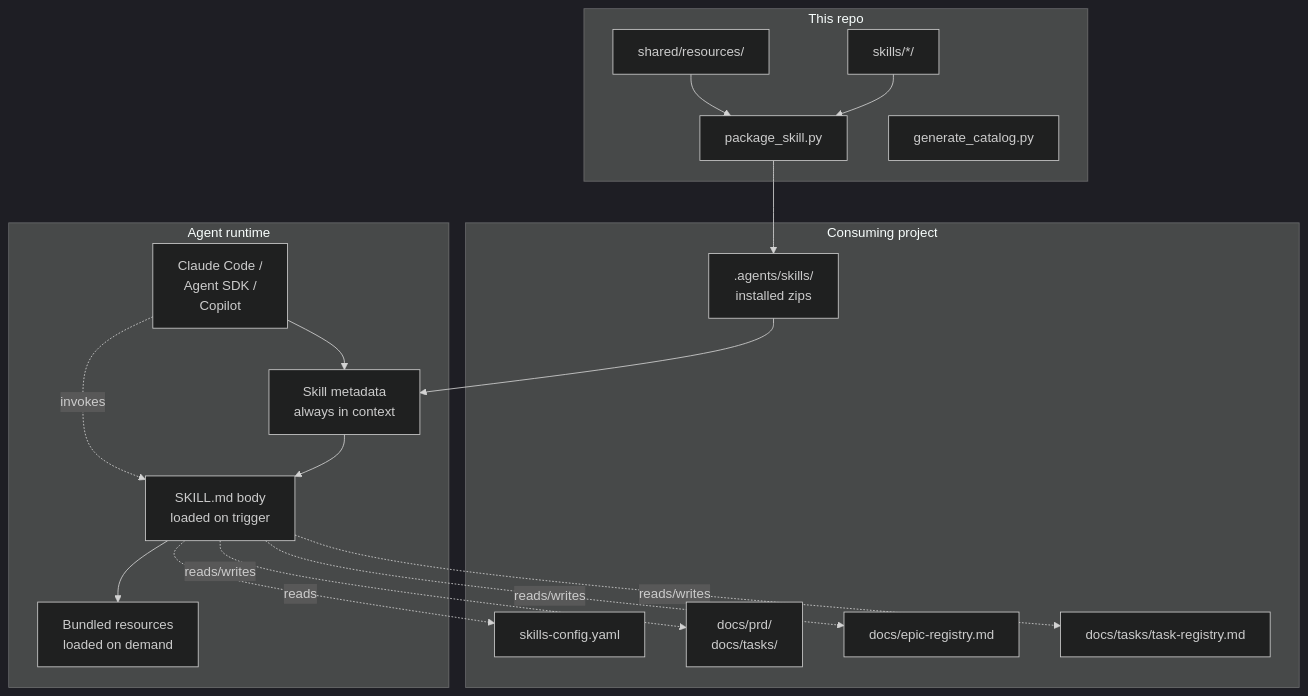
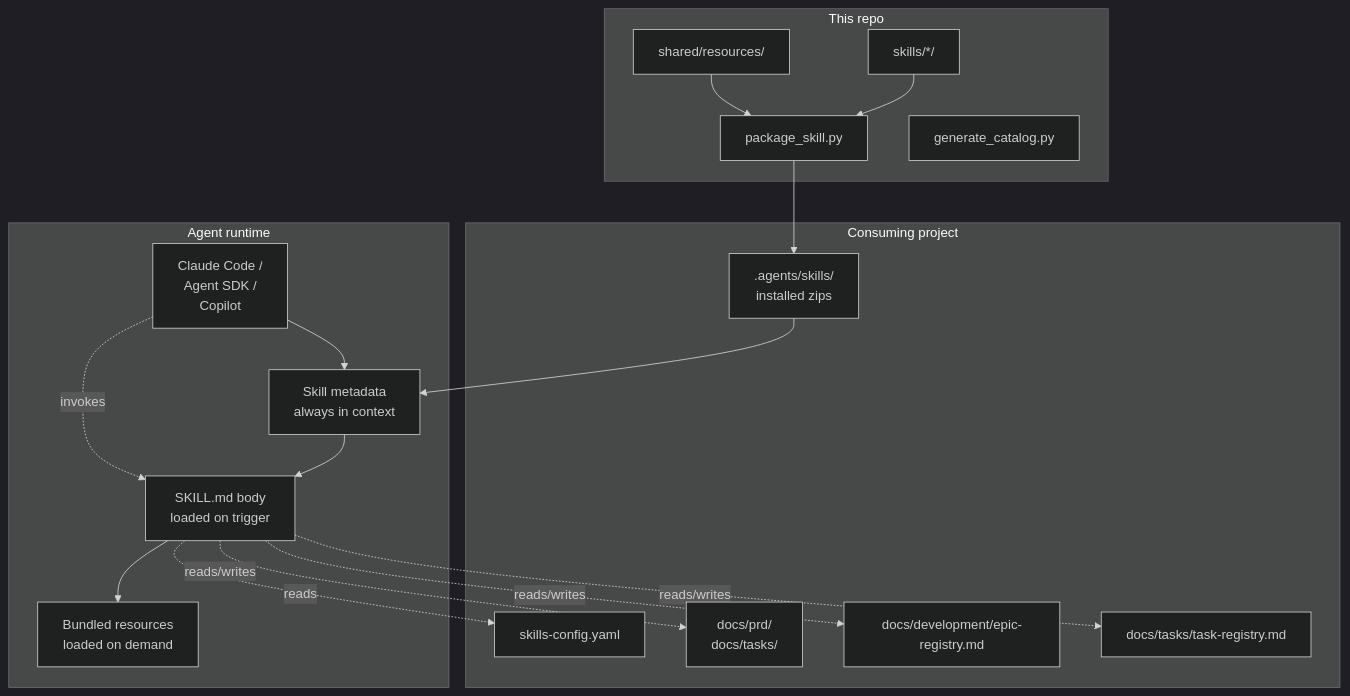
One commit to Gamaroff/agent-skills changed the first of 6 diagrams in docs/concepts/architecture.md. Above: the diagram before and after it, drawn with Mermaid (dark theme). The commit also changed other lines of this file and 22 other files, not shown here.

First line of the commit message:
chore(docs): reformat markdown tables and fix epic-registry path

````diff
--- a/docs/concepts/architecture.md
+++ b/docs/concepts/architecture.md
@@ -9,39 +9,39 @@
 ```mermaid
 flowchart TB
     subgraph CP[Consuming project]
         SC[skills-config.yaml]
         AS[.agents/skills/<br/>installed zips]
         PJD[docs/prd/<br/>docs/tasks/]
-        ER[docs/epic-registry.md]
+        ER[docs/development/epic-registry.md]
         TR[docs/tasks/task-registry.md]
     end
 
     subgraph AGENT[Agent runtime]
         AGN[Claude Code /<br/>Agent SDK /<br/>Copilot]
         MD[Skill metadata<br/>always in context]
         SK[SKILL.md body<br/>loaded on trigger]
         RS[Bundled resources<br/>loaded on demand]
     end
 
     subgraph LIB[This repo]
         SRC[skills/*/]
         SHR[shared/resources/]
         PKG[package_skill.py]
         CAT[generate_catalog.py]
     end
 
     SRC --> PKG
     SHR --> PKG
     PKG --> AS
 
     AS --> MD
     MD --> SK
     SK --> RS
 
     AGN --> MD
     AGN -.invokes.-> SK
     SK -.reads/writes.-> PJD
     SK -.reads.-> SC
     SK -.reads/writes.-> ER
     SK -.reads/writes.-> TR
 ```
````
